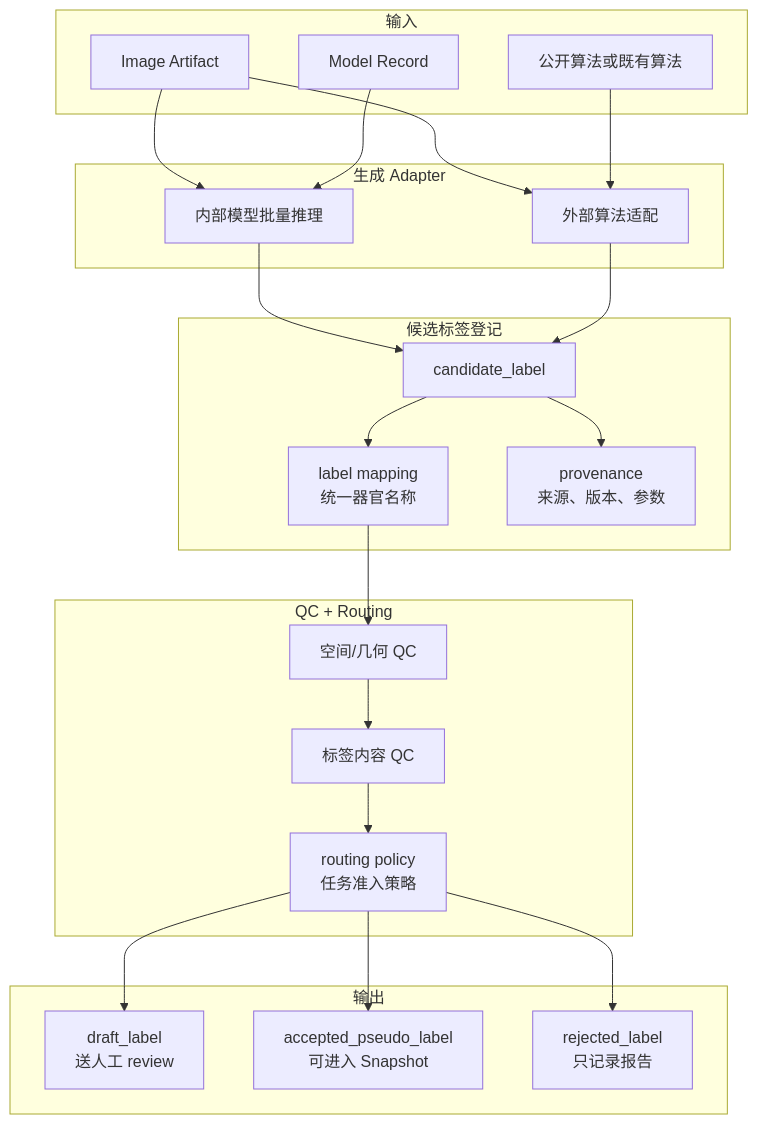
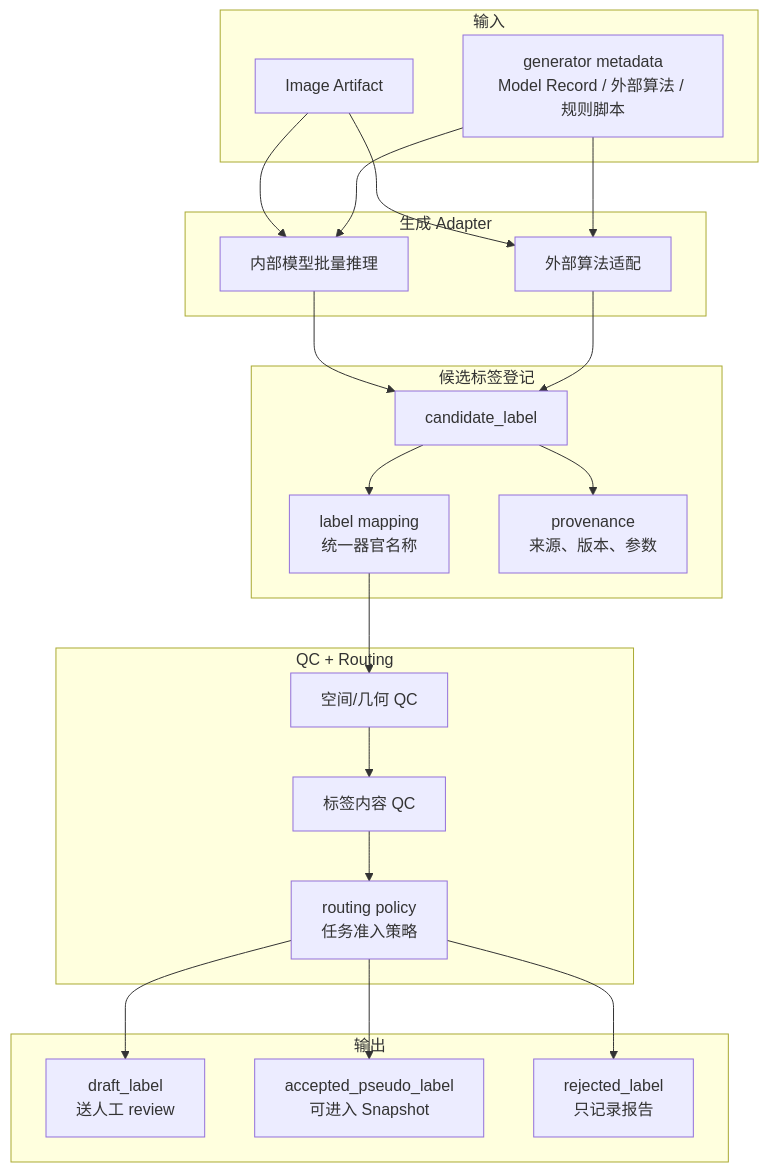
Before and after one commit to ShijianRuan/SegmentationPlatform: the third of 5 diagrams in docs/architecture/platform_blueprint.md, drawn with Mermaid. The commit also changed other lines of this file and 1 other file, not shown here.

````diff
--- a/docs/architecture/platform_blueprint.md
+++ b/docs/architecture/platform_blueprint.md
@@ -323,49 +370,48 @@
 ```mermaid
 flowchart TB
     accTitle: Candidate Label Routing
     accDescr: Model and public algorithm outputs become candidate labels, then pass through mapping, QC, and routing into review, accepted pseudo labels, or rejection.
 
     subgraph Inputs["输入"]
         image["Image Artifact"]
-        model["Model Record"]
-        public["公开算法或既有算法"]
+        generator["generator metadata<br/>Model Record / 外部算法 / 规则脚本"]
     end
 
     subgraph Generation["生成 Adapter"]
         infer["内部模型批量推理"]
         external["外部算法适配"]
     end
 
     subgraph Candidate["候选标签登记"]
         candidate["candidate_label"]
         mapping["label mapping<br/>统一器官名称"]
         provenance["provenance<br/>来源、版本、参数"]
     end
 
     subgraph Gates["QC + Routing"]
         geometry["空间/几何 QC"]
         content["标签内容 QC"]
         policy["routing policy<br/>任务准入策略"]
     end
 
     subgraph Outputs["输出"]
         draft["draft_label<br/>送人工 review"]
         accepted["accepted_pseudo_label<br/>可进入 Snapshot"]
         rejected["rejected_label<br/>只记录报告"]
     end
 
     image --> infer
-    model --> infer
+    generator --> infer
     image --> external
-    public --> external
+    generator --> external
     infer --> candidate
     external --> candidate
     candidate --> mapping
     candidate --> provenance
     mapping --> geometry
     geometry --> content
     content --> policy
     policy --> draft
     policy --> accepted
     policy --> rejected
 ```
````
